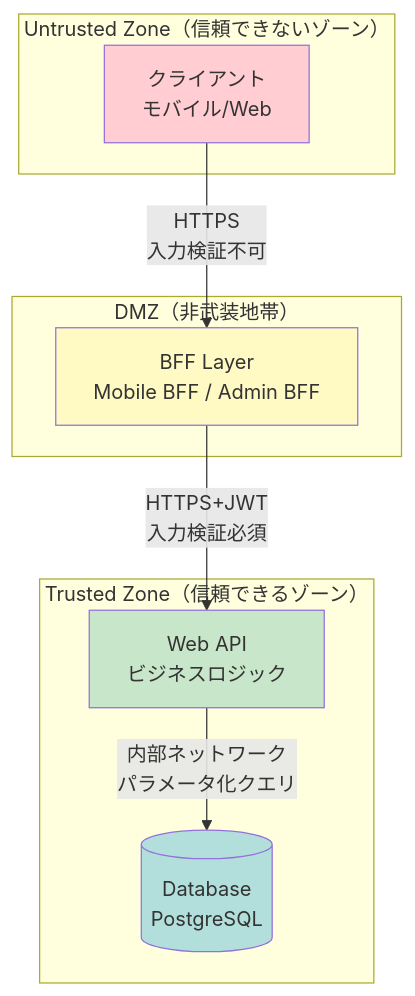
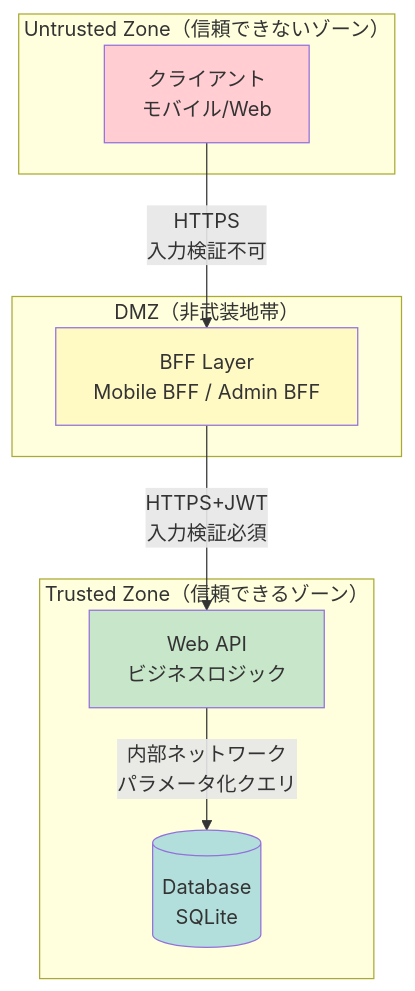
The ninth of 10 diagrams in docs/architecture/01-system-context.md (Takas0522/ws-demo-mobile-app), drawn with Mermaid before and after one commit. The commit also changed other lines of this file and 42 other files, not shown here.

First line of the commit message:
docs: update all PostgreSQL references to SQLite

````diff
--- a/docs/architecture/01-system-context.md
+++ b/docs/architecture/01-system-context.md
@@ -330,24 +330,24 @@
 ```mermaid
 graph TB
     subgraph "Untrusted Zone（信頼できないゾーン）"
         Client[クライアント<br/>モバイル/Web]
     end
     
     subgraph "DMZ（非武装地帯）"
         BFF[BFF Layer<br/>Mobile BFF / Admin BFF]
     end
     
     subgraph "Trusted Zone（信頼できるゾーン）"
         API[Web API<br/>ビジネスロジック]
-        DB[(Database<br/>PostgreSQL)]
+        DB[(Database<br/>SQLite)]
     end
     
     Client -->|HTTPS<br/>入力検証不可| BFF
     BFF -->|HTTPS+JWT<br/>入力検証必須| API
     API -->|内部ネットワーク<br/>パラメータ化クエリ| DB
     
     style Client fill:#ffcdd2
     style BFF fill:#fff9c4
     style API fill:#c8e6c9
     style DB fill:#b2dfdb
 ```
````
